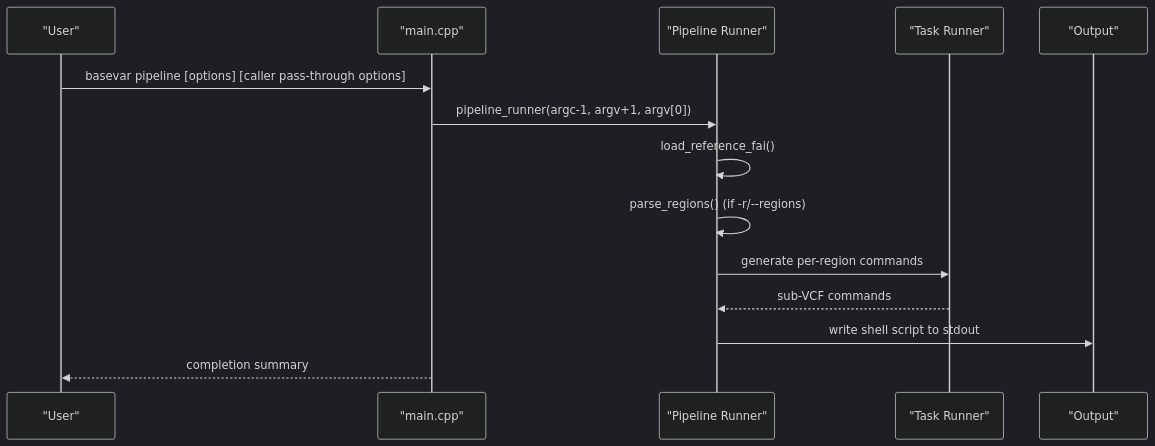
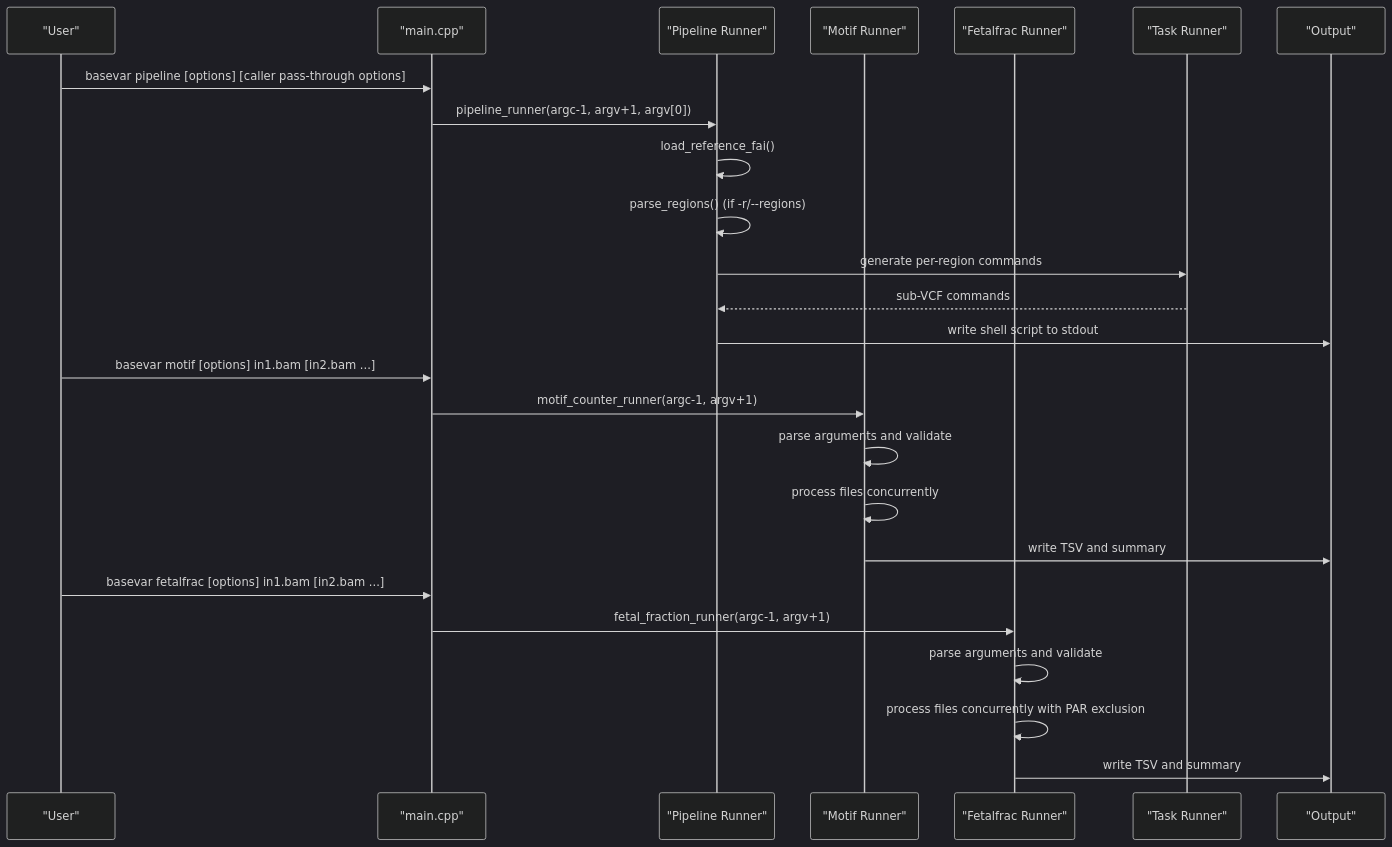
The second of 3 diagrams in .qoder/repowiki/en/content/Command-Line Interface Reference/Command-Line Interface Reference.md (ShujiaHuang/BaseVar2), drawn with Mermaid (dark theme) before and after one commit. The commit also changed other lines of this file and 3 other files, not shown here.

````diff
--- a/.qoder/repowiki/en/content/Command-Line Interface Reference/Command-Line Interface Reference.md
+++ b/.qoder/repowiki/en/content/Command-Line Interface Reference/Command-Line Interface Reference.md
@@ -94,16 +115,27 @@
 ```mermaid
 sequenceDiagram
 participant U as "User"
 participant M as "main.cpp"
 participant PR as "Pipeline Runner"
+participant MR as "Motif Runner"
+participant FR as "Fetalfrac Runner"
 participant TR as "Task Runner"
 participant O as "Output"
 U->>M : basevar pipeline [options] [caller pass-through options]
 M->>PR : pipeline_runner(argc-1, argv+1, argv[0])
 PR->>PR : load_reference_fai()
 PR->>PR : parse_regions() (if -r/--regions)
 PR->>TR : generate per-region commands
 TR-->>PR : sub-VCF commands
 PR->>O : write shell script to stdout
-M-->>U : completion summary
+U->>M : basevar motif [options] in1.bam [in2.bam ...]
+M->>MR : motif_counter_runner(argc-1, argv+1)
+MR->>MR : parse arguments and validate
+MR->>MR : process files concurrently
+MR->>O : write TSV and summary
+U->>M : basevar fetalfrac [options] in1.bam [in2.bam ...]
+M->>FR : fetal_fraction_runner(argc-1, argv+1)
+FR->>FR : parse arguments and validate
+FR->>FR : process files concurrently with PAR exclusion
+FR->>O : write TSV and summary
 ```
````
